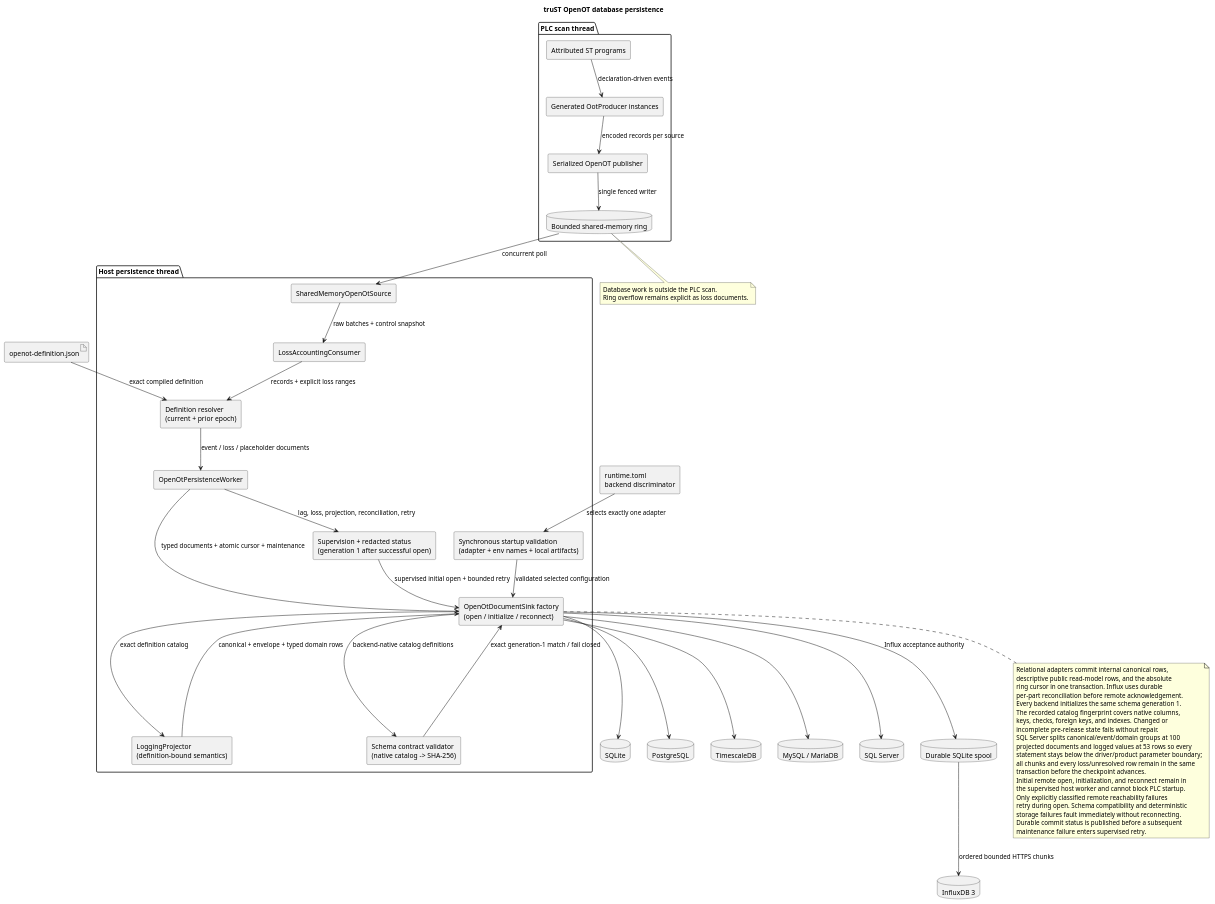
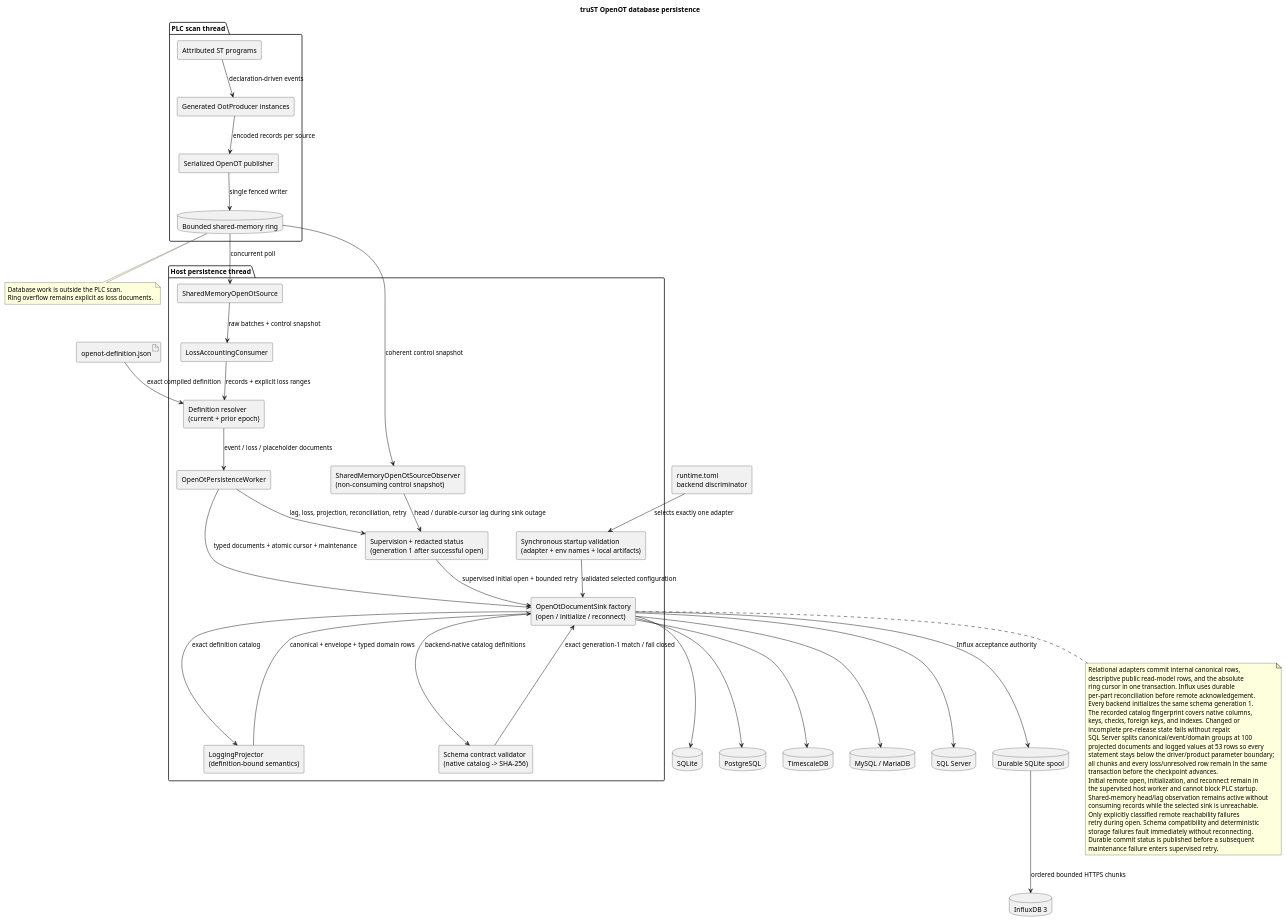
Before and after one commit to johannesPettersson80/trust-platform: the diagram in docs/diagrams/architecture/openot-database-persistence.puml, drawn with PlantUML. The commit also changed 17 other files, not shown here.

Commit message:
Keep OpenOT outage lag observable

```diff
--- a/docs/diagrams/architecture/openot-database-persistence.puml
+++ b/docs/diagrams/architecture/openot-database-persistence.puml
@@ -1,87 +1,92 @@
 @startuml
 title truST OpenOT database persistence
 skinparam componentStyle rectangle
 
 package "PLC scan thread" {
   component "Attributed ST programs" as st
   component "Generated OotProducer instances" as producers
   component "Serialized OpenOT publisher" as publisher
   database "Bounded shared-memory ring" as ring
   st --> producers : declaration-driven events
   producers --> publisher : encoded records per source
   publisher --> ring : single fenced writer
 }
 
 package "Host persistence thread" {
+  component "SharedMemoryOpenOtSourceObserver\n(non-consuming control snapshot)" as observer
   component "SharedMemoryOpenOtSource" as source
   component "LossAccountingConsumer" as loss
   component "Definition resolver\n(current + prior epoch)" as resolver
   component "OpenOtPersistenceWorker" as worker
   component "LoggingProjector\n(definition-bound semantics)" as projector
   component "Synchronous startup validation\n(adapter + env names + local artifacts)" as startup
   component "OpenOtDocumentSink factory\n(open / initialize / reconnect)" as factory
   component "Schema contract validator\n(native catalog -> SHA-256)" as schema
   component "Supervision + redacted status\n(generation 1 after successful open)" as status
   ring --> source : concurrent poll
+  ring --> observer : coherent control snapshot
+  observer --> status : head / durable-cursor lag during sink outage
   source --> loss : raw batches + control snapshot
   loss --> resolver : records + explicit loss ranges
   resolver --> worker : event / loss / placeholder documents
   startup --> factory : validated selected configuration
   status --> factory : supervised initial open + bounded retry
   worker --> factory : typed documents + atomic cursor + maintenance
   factory --> schema : backend-native catalog definitions
   schema --> factory : exact generation-1 match / fail closed
   factory --> projector : exact definition catalog
   projector --> factory : canonical + envelope + typed domain rows
   worker --> status : lag, loss, projection, reconciliation, retry
 }
 
 artifact "openot-definition.json" as definition
 component "runtime.toml\nbackend discriminator" as toml
 definition --> resolver : exact compiled definition
 toml --> startup : selects exactly one adapter
 
 database "SQLite" as sqlite
 database "PostgreSQL" as postgres
 database "TimescaleDB" as timescale
 database "MySQL / MariaDB" as mysql
 database "SQL Server" as sqlserver
 database "InfluxDB 3" as influx
 database "Durable SQLite spool" as spool
 
 factory --> sqlite
 factory --> postgres
 factory --> timescale
 factory --> mysql
 factory --> sqlserver
 factory --> spool : Influx acceptance authority
 spool --> influx : ordered bounded HTTPS chunks
 
 note bottom of ring
 Database work is outside the PLC scan.
 Ring overflow remains explicit as loss documents.
 end note
 
 note bottom of factory
 Relational adapters commit internal canonical rows,
 descriptive public read-model rows, and the absolute
 ring cursor in one transaction. Influx uses durable
 per-part reconciliation before remote acknowledgement.
 Every backend initializes the same schema generation 1.
 The recorded catalog fingerprint covers native columns,
 keys, checks, foreign keys, and indexes. Changed or
 incomplete pre-release state fails without repair.
 SQL Server splits canonical/event/domain groups at 100
 projected documents and logged values at 53 rows so every
 statement stays below the driver/product parameter boundary;
 all chunks and every loss/unresolved row remain in the same
 transaction before the checkpoint advances.
 Initial remote open, initialization, and reconnect remain in
 the supervised host worker and cannot block PLC startup.
+Shared-memory head/lag observation remains active without
+consuming records while the selected sink is unreachable.
 Only explicitly classified remote reachability failures
 retry during open. Schema compatibility and deterministic
 storage failures fault immediately without reconnecting.
 Durable commit status is published before a subsequent
 maintenance failure enters supervised retry.
 end note
 @enduml
```
